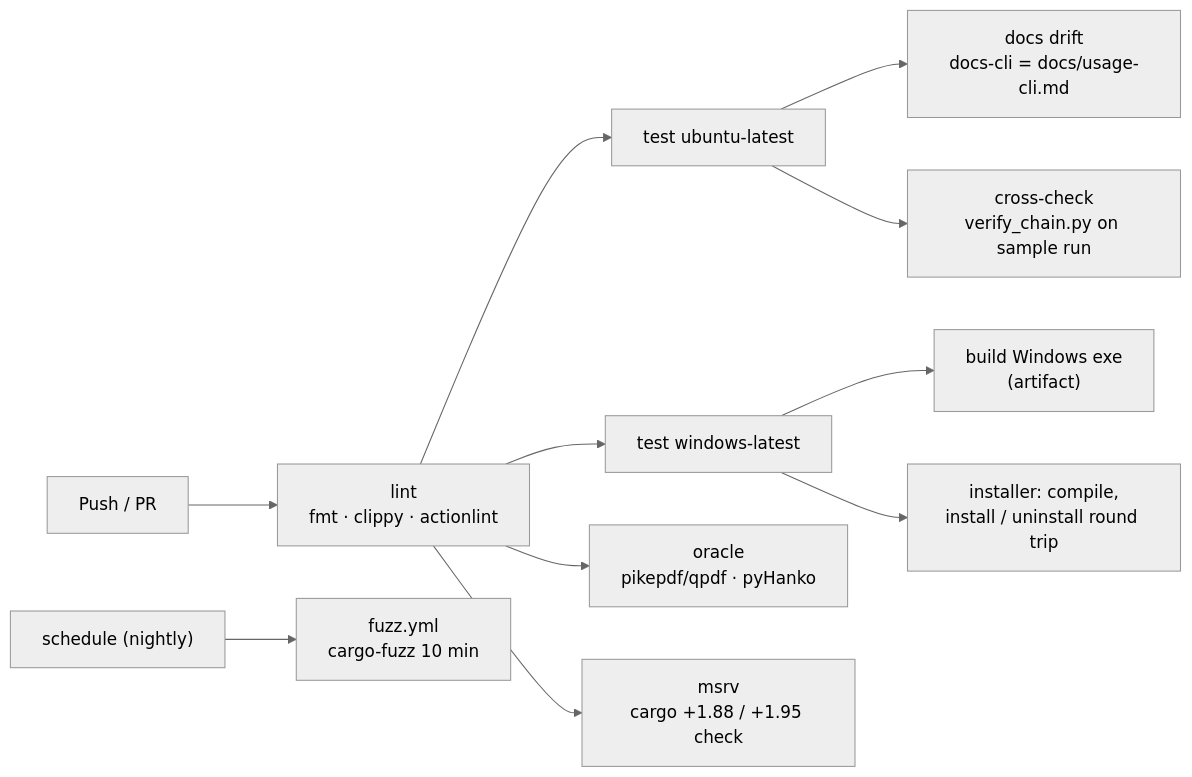
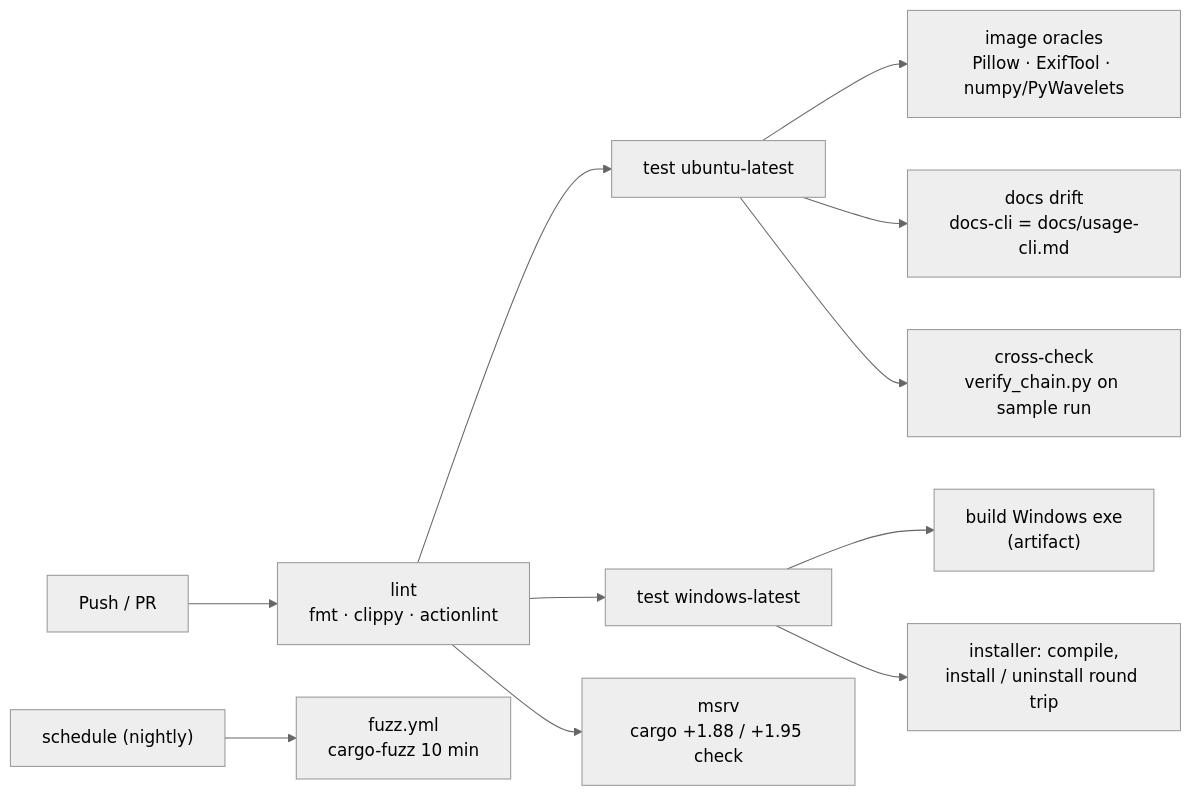
Before and after one commit to Panacota96/rv-imgauth: the second of 3 diagrams in docs/development.md, drawn with Mermaid (neutral theme). The commit also changed other lines of this file and 17 other files, not shown here.

````diff
--- a/docs/development.md
+++ b/docs/development.md
@@ -66,13 +62,13 @@
 ```mermaid
 flowchart LR
     PR["Push / PR"] --> L["lint<br/>fmt · clippy · actionlint"]
     L --> T1["test ubuntu-latest"]
     L --> T2["test windows-latest"]
-    L --> O["oracle<br/>pikepdf/qpdf · pyHanko"]
+    T1 --> O["image oracles<br/>Pillow · ExifTool · numpy/PyWavelets"]
     L --> M["msrv<br/>cargo +1.88 / +1.95 check"]
     T1 --> D["docs drift<br/>docs-cli = docs/usage-cli.md"]
     T1 --> X["cross-check<br/>verify_chain.py on sample run"]
     T2 --> B["build Windows exe<br/>(artifact)"]
     T2 --> I["installer: compile,<br/>install / uninstall round trip"]
     N["schedule (nightly)"] --> F["fuzz.yml<br/>cargo-fuzz 10 min"]
 ```
````
